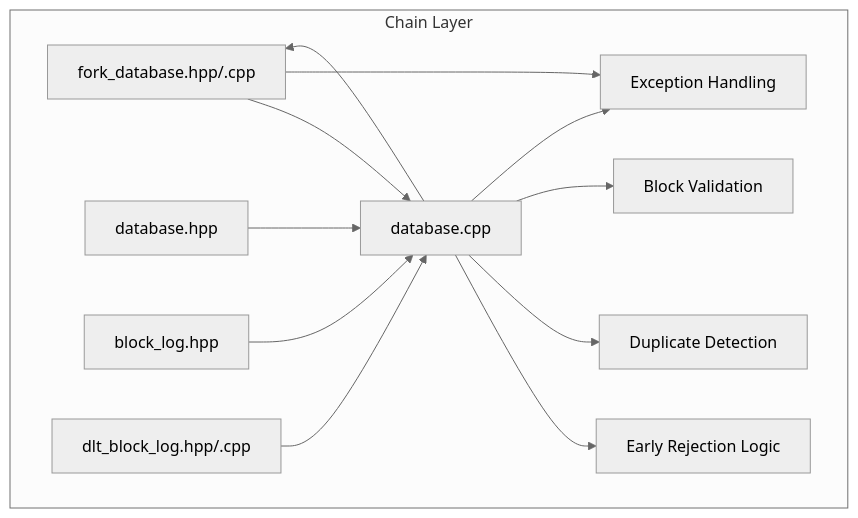
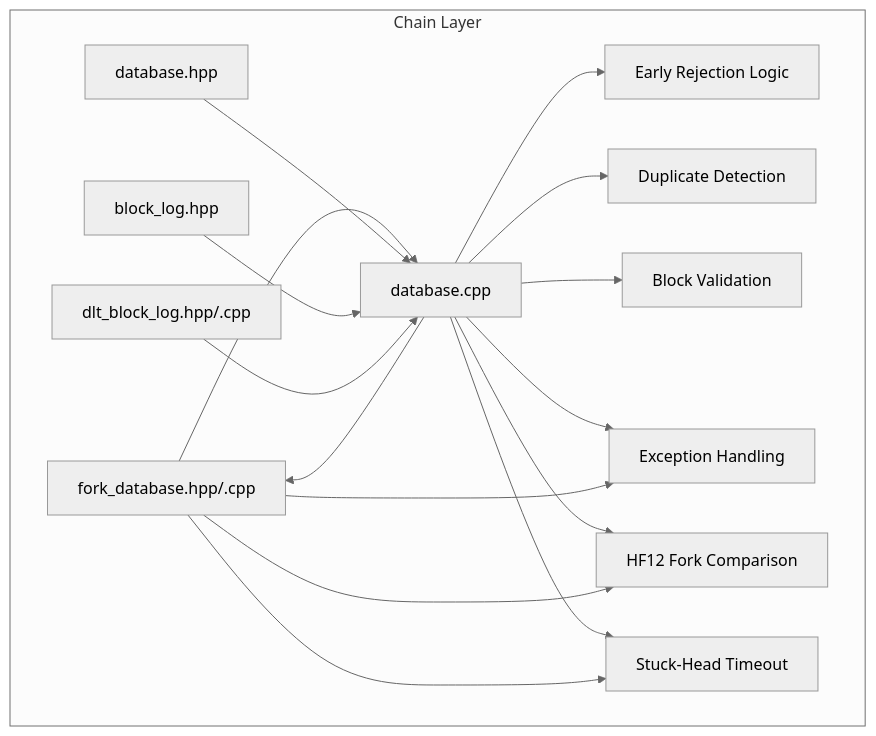
The first of 16 diagrams in .qoder/repowiki/en/content/Architecture Overview/Core Libraries/Chain Library/Fork Resolution and Consensus.md (VIZ-Blockchain/viz-cpp-node), drawn with Mermaid (neutral theme) before and after one commit. The commit also changed other lines of this file and 9 other files, not shown here.

First line of the commit message:
feat(fork-database): implement HF12 vote-weighted fork comparison and pruning systems

````diff
--- a/.qoder/repowiki/en/content/Architecture Overview/Core Libraries/Chain Library/Fork Resolution and Consensus.md
+++ b/.qoder/repowiki/en/content/Architecture Overview/Core Libraries/Chain Library/Fork Resolution and Consensus.md
@@ -53,24 +57,30 @@
 ```mermaid
 graph TB
 subgraph "Chain Layer"
 FD["fork_database.hpp/.cpp"]
 DBH["database.hpp"]
 DBC["database.cpp"]
 BLH["block_log.hpp"]
 DLTH["dlt_block_log.hpp/.cpp"]
 END["Early Rejection Logic"]
 END2["Duplicate Detection"]
 END3["Block Validation"]
 END4["Exception Handling"]
+END5["HF12 Fork Comparison"]
+END6["Stuck-Head Timeout"]
 end
 FD --> DBC
 DBH --> DBC
 BLH --> DBC
 DLTH --> DBC
 DBC --> FD
 DBC --> END
 DBC --> END2
 DBC --> END3
 DBC --> END4
+DBC --> END5
+DBC --> END6
 FD --> END4
+FD --> END5
+FD --> END6
 ```
````
